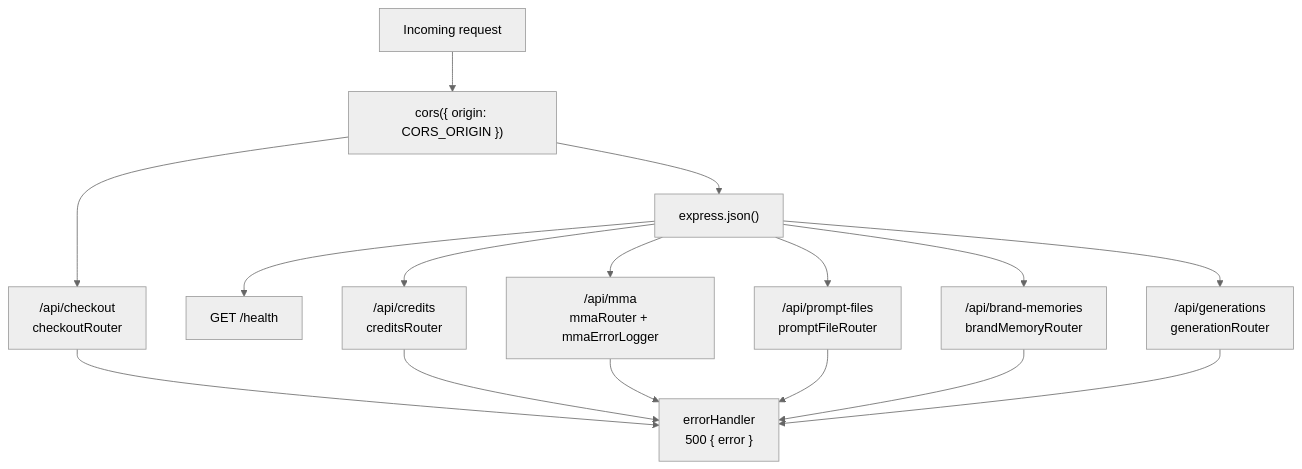
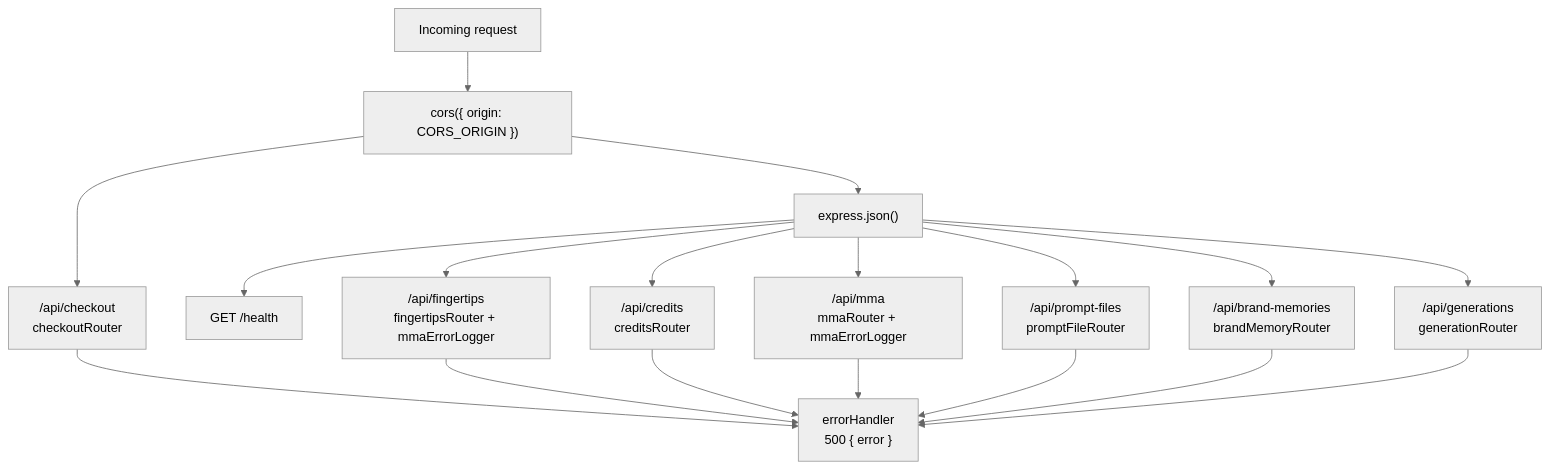
The diagram in docs/api.md (difool95/Mina_Back_Dev), drawn with Mermaid (neutral theme) before and after one commit. The commit also changed other lines of this file and 3 other files, not shown here.

````diff
--- a/docs/api.md
+++ b/docs/api.md
@@ -5,18 +5,20 @@
 ```mermaid
 flowchart TD
   req["Incoming request"] --> cors["cors({ origin: CORS_ORIGIN })"]
   cors --> checkout["/api/checkout<br/>checkoutRouter"]
   cors --> json["express.json()"]
   json --> health["GET /health"]
   json --> credits["/api/credits<br/>creditsRouter"]
   json --> mma["/api/mma<br/>mmaRouter + mmaErrorLogger"]
   json --> pf["/api/prompt-files<br/>promptFileRouter"]
   json --> bm["/api/brand-memories<br/>brandMemoryRouter"]
   json --> gen["/api/generations<br/>generationRouter"]
+  json --> ft["/api/fingertips<br/>fingertipsRouter + mmaErrorLogger"]
   checkout --> err["errorHandler<br/>500 { error }"]
+  ft --> err
   credits --> err
   mma --> err
   pf --> err
   bm --> err
   gen --> err
 ```
````
